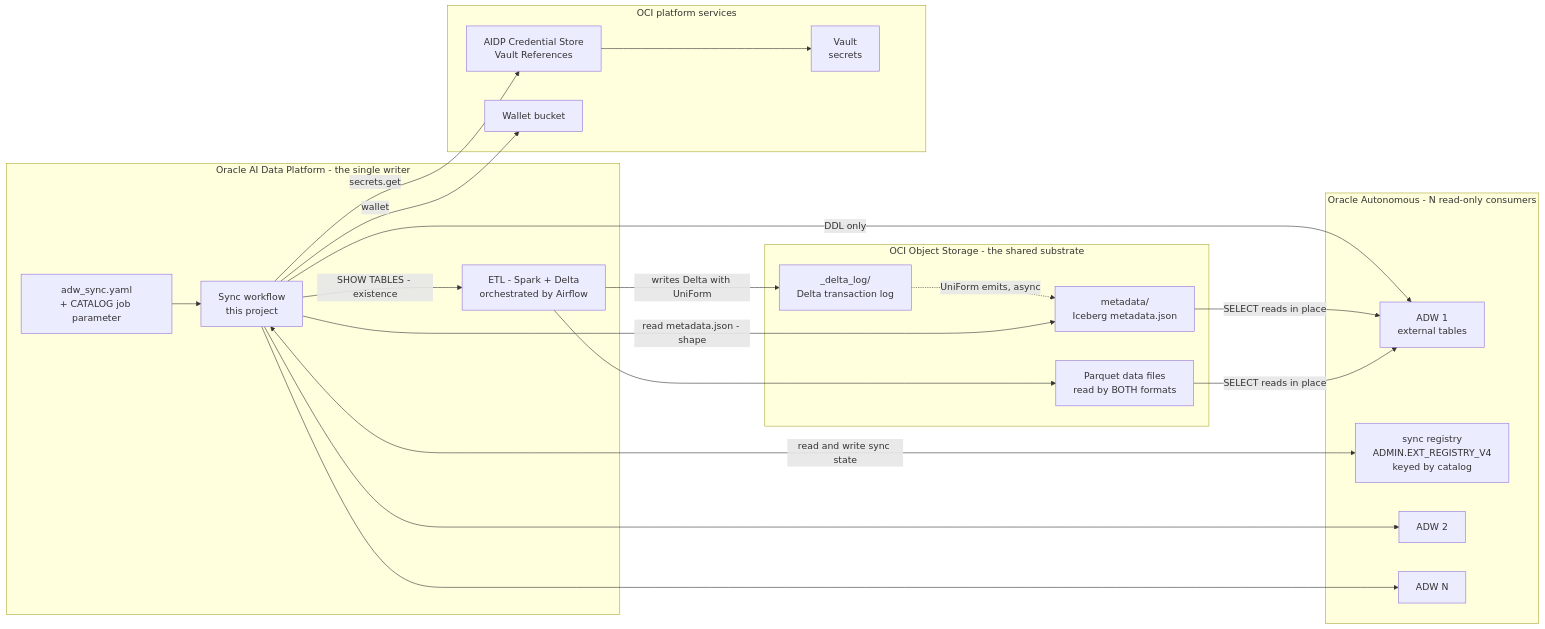
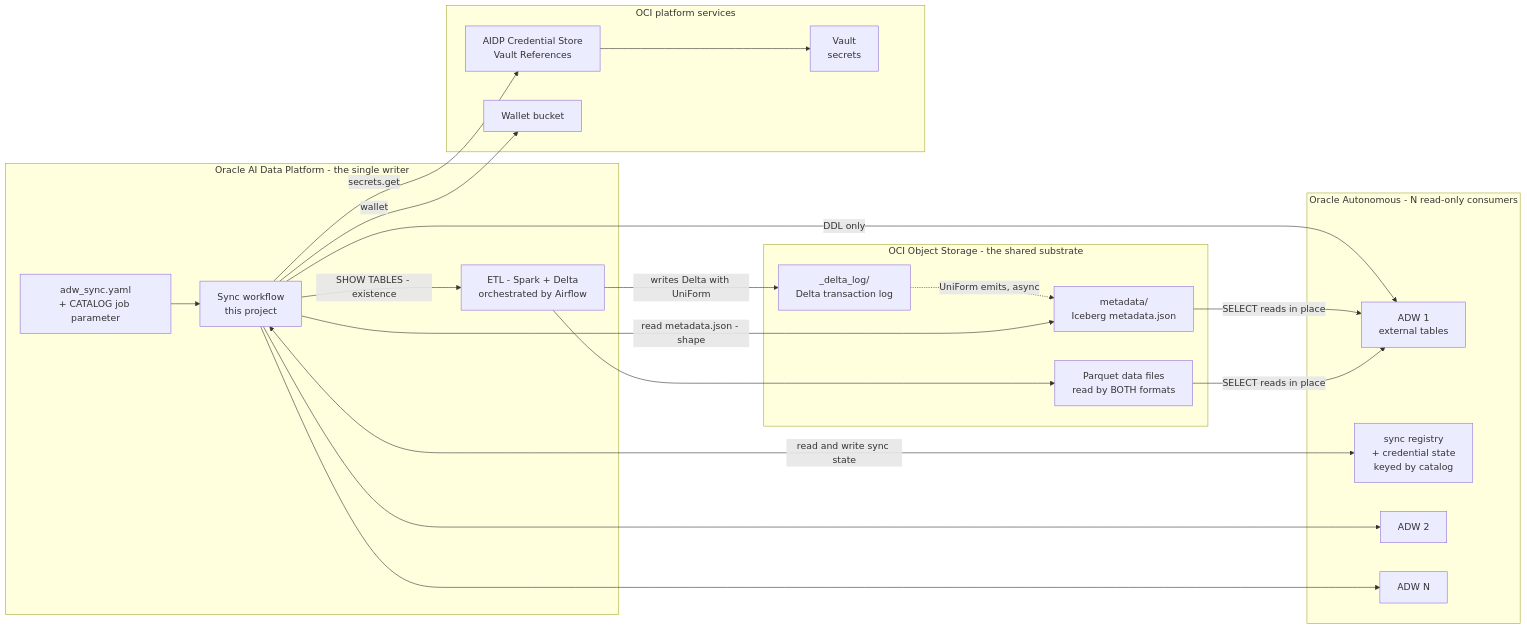
One commit to lucas-de-almeida-reis/oracle-aidp-samples changed the first of 3 diagrams in data-engineering/adw-iceberg-external-table-sync/ARCHITECTURE.md. Above: the diagram before and after it, drawn with Mermaid. The commit also changed other lines of this file and 3 other files, not shown here.

````diff
--- a/data-engineering/adw-iceberg-external-table-sync/ARCHITECTURE.md
+++ b/data-engineering/adw-iceberg-external-table-sync/ARCHITECTURE.md
@@ -88,45 +88,45 @@
 ```mermaid
 flowchart LR
     subgraph AIDP["Oracle AI Data Platform - the single writer"]
         ETL["ETL - Spark + Delta<br/>orchestrated by Airflow"]
         NB["Sync workflow<br/>this project"]
         CFG["adw_sync.yaml<br/>+ CATALOG job parameter"]
     end
 
     subgraph OS["OCI Object Storage - the shared substrate"]
         DELTA["_delta_log/<br/>Delta transaction log"]
         ICE["metadata/<br/>Iceberg metadata.json"]
         PARQ["Parquet data files<br/>read by BOTH formats"]
     end
 
     subgraph OCI["OCI platform services"]
         VAULT["Vault<br/>secrets"]
         CS["AIDP Credential Store<br/>Vault References"]
         WB["Wallet bucket"]
     end
 
     subgraph ADWS["Oracle Autonomous - N read-only consumers"]
         A1["ADW 1<br/>external tables"]
-        REG["sync registry<br/>ADMIN.EXT_REGISTRY_V4<br/>keyed by catalog"]
+        REG["sync registry<br/>+ credential state<br/>keyed by catalog"]
         A2["ADW 2"]
         AN["ADW N"]
     end
 
     ETL -->|"writes Delta with UniForm"| DELTA
     ETL --> PARQ
     DELTA -.->|"UniForm emits, async"| ICE
 
     NB -->|"SHOW TABLES - existence"| ETL
     NB -->|"read metadata.json - shape"| ICE
     CS --> VAULT
     NB -->|"secrets.get"| CS
     NB -->|"wallet"| WB
     CFG --> NB
     NB -->|"DDL only"| A1
     NB <-->|"read and write sync state"| REG
     NB --> A2
     NB --> AN
 
     ICE -->|"SELECT reads in place"| A1
     PARQ -->|"SELECT reads in place"| A1
 ```
````
